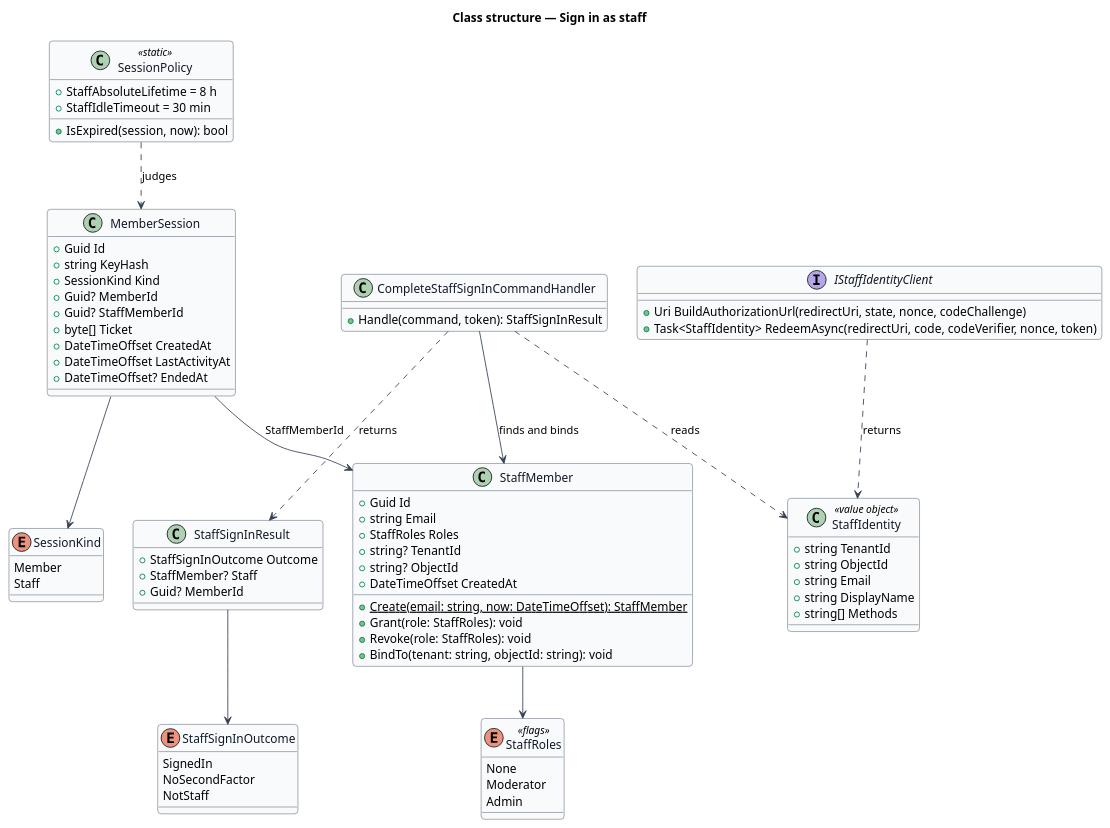
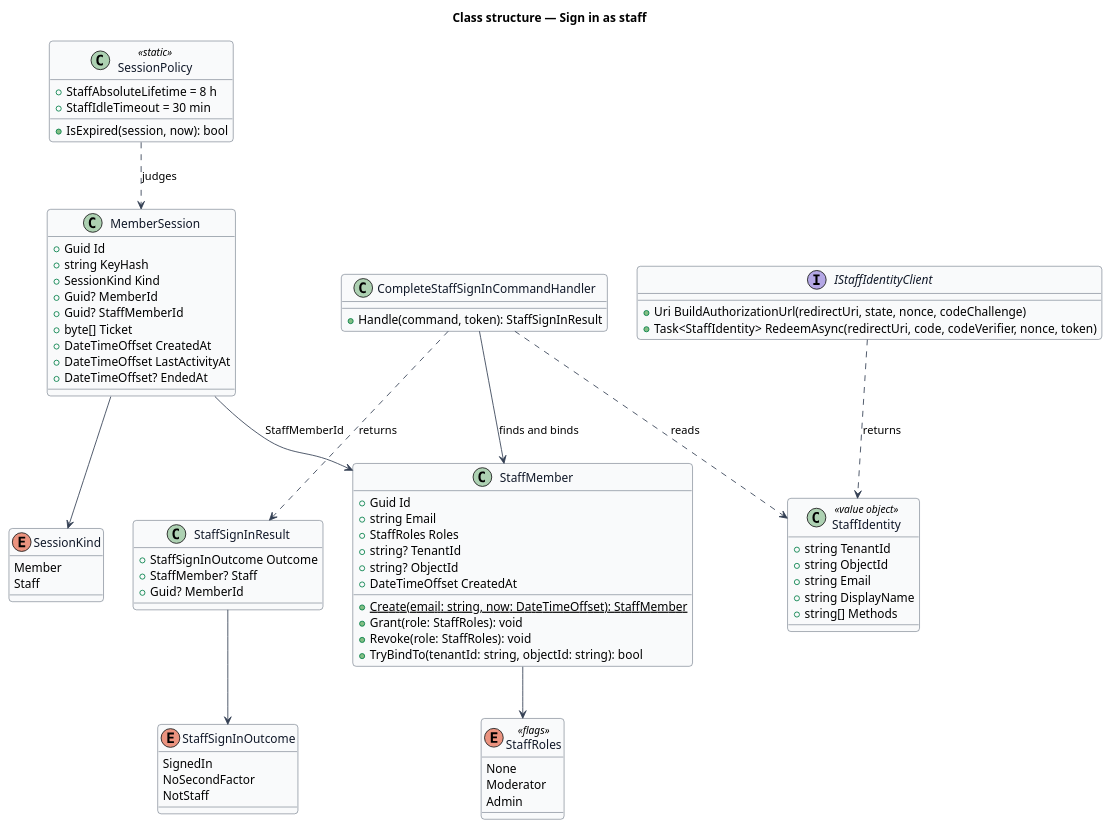
The diagram in docs/detailed-designs/accounts/sign-in-as-staff/diagrams/class-structure.puml (QuinntyneBrown/jubilee), drawn with PlantUML before and after one commit. The commit also changed 13 other files, not shown here.

Commit message:
Designs of journey 30 name the classes the code built: TryBindTo, StaffSession's challenge and forbid events, StaffNetworks.From, StaffSessionDto

```diff
--- a/docs/detailed-designs/accounts/sign-in-as-staff/diagrams/class-structure.puml
+++ b/docs/detailed-designs/accounts/sign-in-as-staff/diagrams/class-structure.puml
@@ -1,84 +1,84 @@
 @startuml
 skinparam backgroundColor #FFFFFF
 skinparam shadowing false
 skinparam roundcorner 8
 skinparam defaultFontName Arial
 skinparam ArrowColor #344054
 skinparam class {
   BorderColor #344054
   FontColor #101828
   BackgroundColor #F9FAFB
 }
 title Class structure — Sign in as staff
 
 enum StaffRoles <<flags>> {
   None
   Moderator
   Admin
 }
 enum StaffSignInOutcome {
   SignedIn
   NoSecondFactor
   NotStaff
 }
 enum SessionKind {
   Member
   Staff
 }
 class StaffMember {
   +Guid Id
   +string Email
   +StaffRoles Roles
   +string? TenantId
   +string? ObjectId
   +DateTimeOffset CreatedAt
   +{static} Create(email: string, now: DateTimeOffset): StaffMember
   +Grant(role: StaffRoles): void
   +Revoke(role: StaffRoles): void
-  +BindTo(tenant: string, objectId: string): void
+  +TryBindTo(tenantId: string, objectId: string): bool
 }
 class StaffIdentity <<value object>> {
   +string TenantId
   +string ObjectId
   +string Email
   +string DisplayName
   +string[] Methods
 }
 class MemberSession {
   +Guid Id
   +string KeyHash
   +SessionKind Kind
   +Guid? MemberId
   +Guid? StaffMemberId
   +byte[] Ticket
   +DateTimeOffset CreatedAt
   +DateTimeOffset LastActivityAt
   +DateTimeOffset? EndedAt
 }
 class SessionPolicy <<static>> {
   +StaffAbsoluteLifetime = 8 h
   +StaffIdleTimeout = 30 min
   +IsExpired(session, now): bool
 }
 class CompleteStaffSignInCommandHandler {
   +Handle(command, token): StaffSignInResult
 }
 class StaffSignInResult {
   +StaffSignInOutcome Outcome
   +StaffMember? Staff
   +Guid? MemberId
 }
 interface IStaffIdentityClient {
   +Uri BuildAuthorizationUrl(redirectUri, state, nonce, codeChallenge)
   +Task<StaffIdentity> RedeemAsync(redirectUri, code, codeVerifier, nonce, token)
 }
 StaffMember --> StaffRoles
 MemberSession --> SessionKind
 MemberSession --> StaffMember : StaffMemberId
 SessionPolicy ..> MemberSession : judges
 CompleteStaffSignInCommandHandler ..> StaffIdentity : reads
 CompleteStaffSignInCommandHandler --> StaffMember : finds and binds
 CompleteStaffSignInCommandHandler ..> StaffSignInResult : returns
 StaffSignInResult --> StaffSignInOutcome
 IStaffIdentityClient ..> StaffIdentity : returns
 @enduml
```
